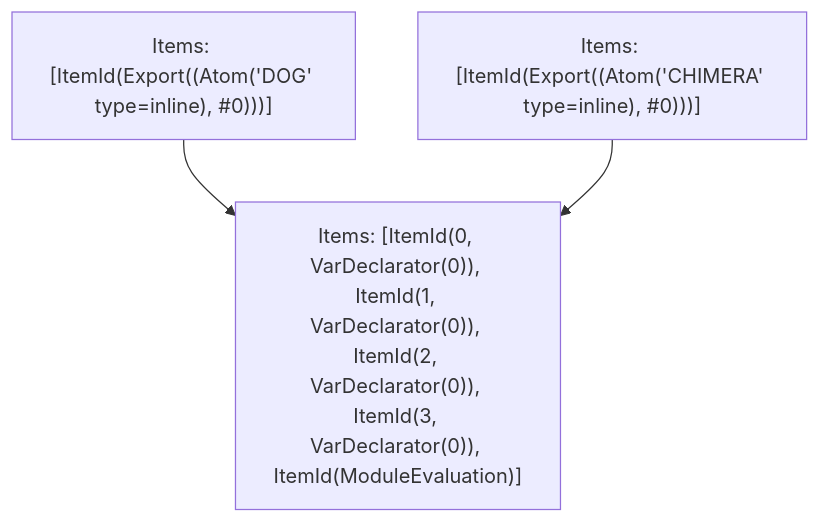
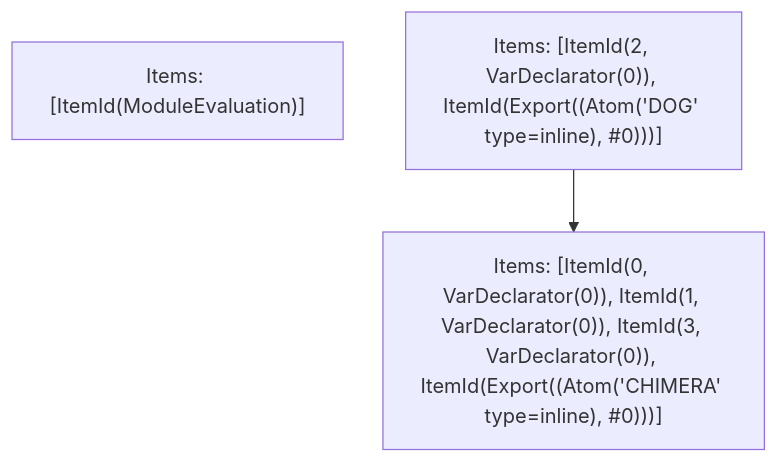
Before and after one commit to vercel/turborepo: the fifth of 5 diagrams in crates/turbopack-ecmascript/tests/tree-shaker/analyzer/simple/output.md, drawn with Mermaid. The commit also changed other lines of this file and 3 other files, not shown here.

````diff
--- a/crates/turbopack-ecmascript/tests/tree-shaker/analyzer/simple/output.md
+++ b/crates/turbopack-ecmascript/tests/tree-shaker/analyzer/simple/output.md
@@ -124,8 +120,7 @@
 ```mermaid
 graph TD
-    N0["Items: [ItemId(0, VarDeclarator(0)), ItemId(1, VarDeclarator(0)), ItemId(2, VarDeclarator(0)), ItemId(3, VarDeclarator(0)), ItemId(ModuleEvaluation)]"];
-    N1["Items: [ItemId(Export((Atom('DOG' type=inline), #0)))]"];
-    N2["Items: [ItemId(Export((Atom('CHIMERA' type=inline), #0)))]"];
-    N1 --> N0;
-    N2 --> N0;
+    N0["Items: [ItemId(ModuleEvaluation)]"];
+    N1["Items: [ItemId(2, VarDeclarator(0)), ItemId(Export((Atom('DOG' type=inline), #0)))]"];
+    N2["Items: [ItemId(0, VarDeclarator(0)), ItemId(1, VarDeclarator(0)), ItemId(3, VarDeclarator(0)), ItemId(Export((Atom('CHIMERA' type=inline), #0)))]"];
+    N1 --> N2;
 ```
````
